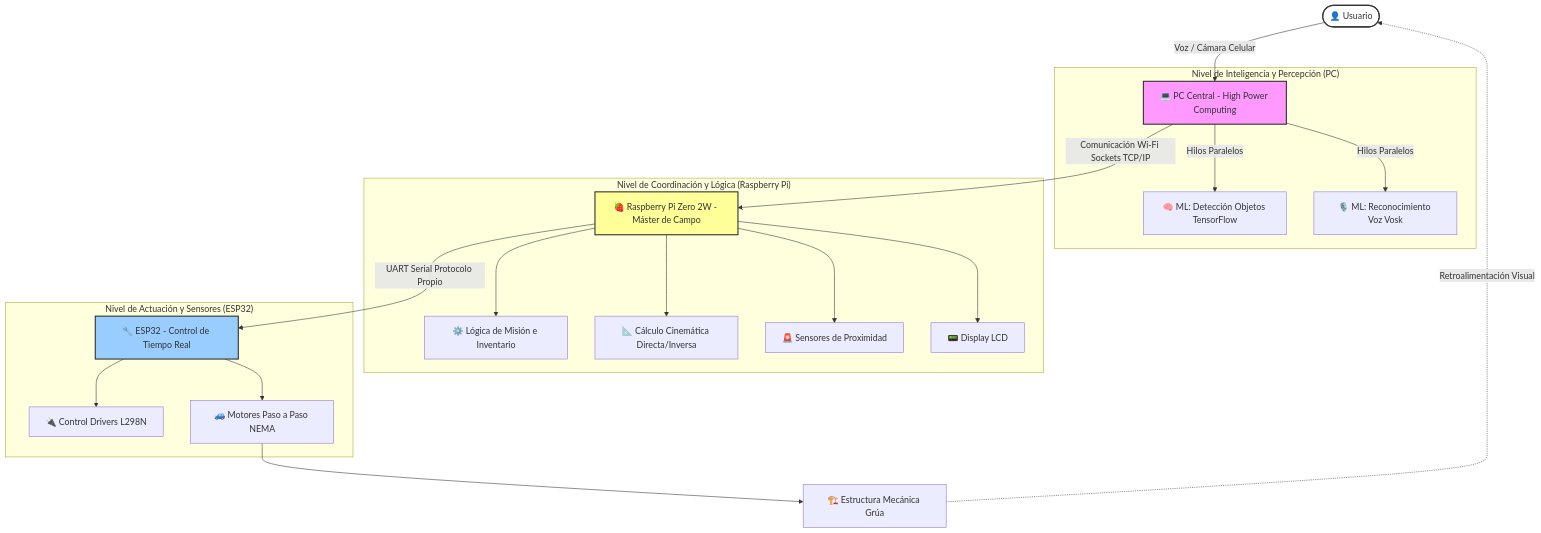
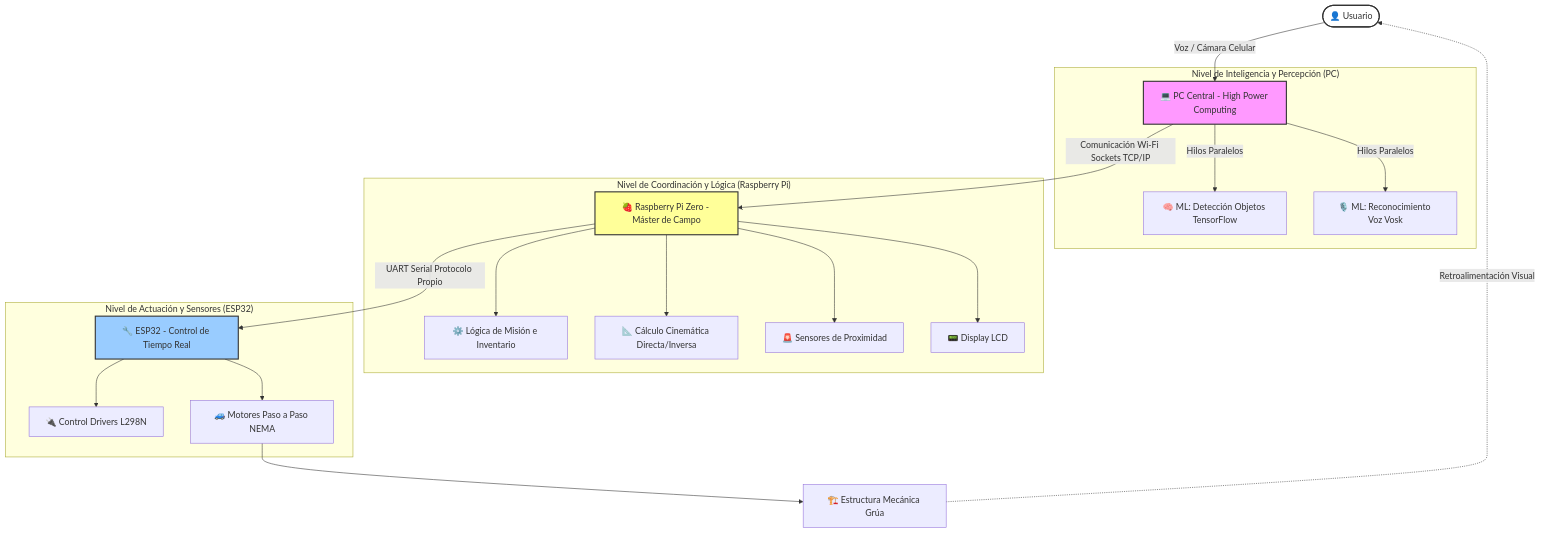
Before and after one commit to ValentinColuccio/Almacenamiento-con-Grua-Torre-Coluccio-Gomez: the diagram in README.md, drawn with Mermaid. The commit also changed other lines of this file, not shown here.

````diff
--- a/README.md
+++ b/README.md
@@ -83,33 +95,34 @@
 ```mermaid
 graph TD
     User([👤 Usuario]) -->|Voz / Cámara Celular| PC[💻 PC Central - High Power Computing]
     
     subgraph "Nivel de Inteligencia y Percepción (PC)"
         PC -->|Hilos Paralelos| ML_Img[🧠 ML: Detección Objetos TensorFlow]
         PC -->|Hilos Paralelos| ML_Voice[🎙️ ML: Reconocimiento Voz Vosk]
     end
 
-    PC -->|Comunicación Wi-Fi Sockets TCP/IP| RPi[🍓 Raspberry Pi Zero 2W - Máster de Campo]
+    PC -->|Comunicación Wi-Fi Sockets TCP/IP| RPi[🍓 Raspberry Pi Zero - Máster de Campo]
 
     subgraph "Nivel de Coordinación y Lógica (Raspberry Pi)"
         RPi --> Logic[⚙️ Lógica de Misión e Inventario]
         RPi --> Kinematics[📐 Cálculo Cinemática Directa/Inversa]
         RPi --> Sensors[🚨 Sensores de Proximidad]
         RPi --> Display[📟 Display LCD]
     end
 
     RPi -->|UART Serial Protocolo Propio| ESP32[🔧 ESP32 - Control de Tiempo Real]
 
     subgraph "Nivel de Actuación y Sensores (ESP32)"
         ESP32 --> Drivers[🔌 Control Drivers L298N]
         ESP32 --> Motors[🚙 Motores Paso a Paso NEMA]
     end
 
     Motors --> Crane[🏗️ Estructura Mecánica Grúa]
     Crane -.->|Retroalimentación Visual| User
 
     style PC fill:#f9f,stroke:#333,stroke-width:2px
     style RPi fill:#ff9,stroke:#333,stroke-width:2px
     style ESP32 fill:#9cf,stroke:#333,stroke-width:2px
     style User fill:#fff,stroke:#333,stroke-width:2px
+
 ```
````
